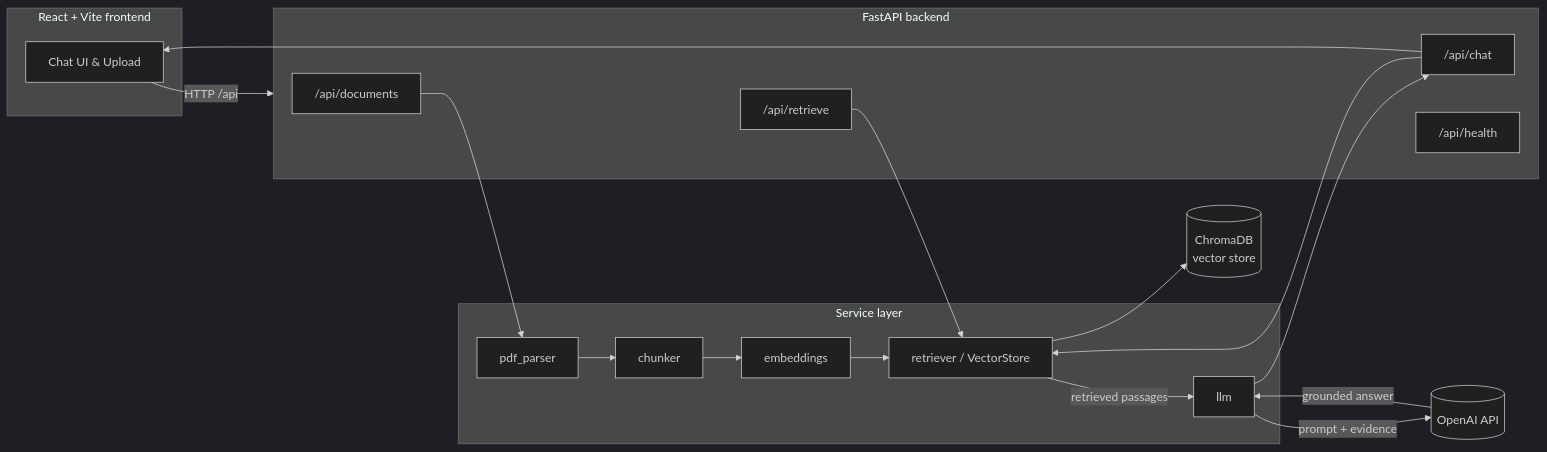
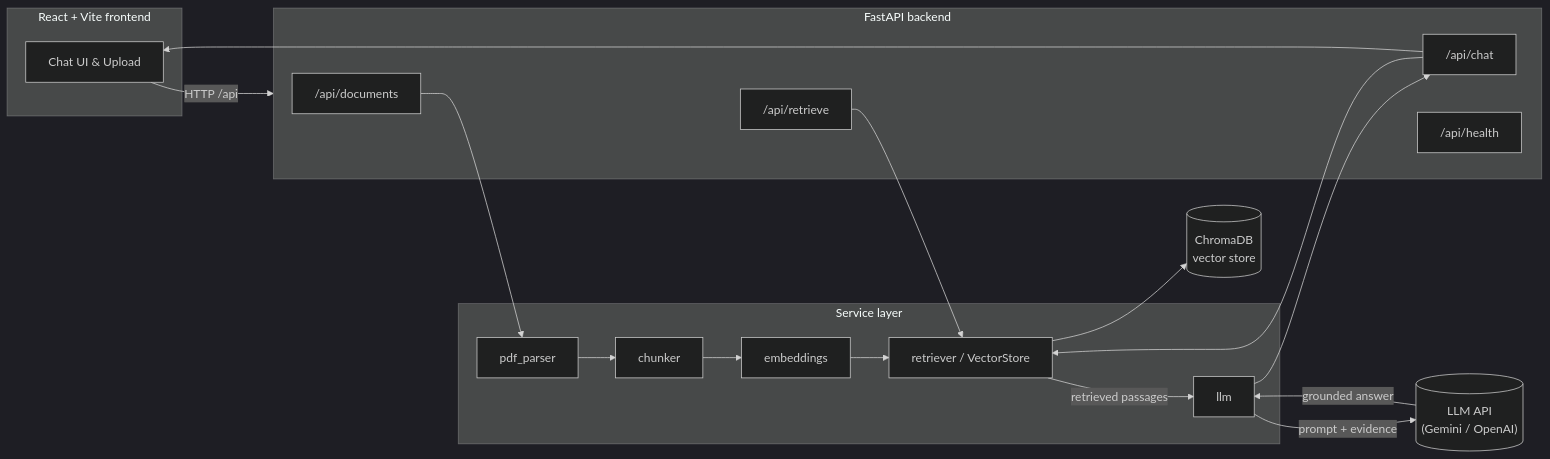
Before and after one commit to Shivank-Garg45/Documind-AI: the first of 2 diagrams in README.md, drawn with Mermaid (dark theme). The commit also changed other lines of this file, not shown here.

Commit message:
Update README to reflect Gemini as default LLM provider

````diff
--- a/README.md
+++ b/README.md
@@ -61,32 +61,32 @@
 ```mermaid
 flowchart LR
     subgraph Client["React + Vite frontend"]
         UI[Chat UI & Upload]
     end
 
     subgraph API["FastAPI backend"]
         R1["/api/documents"]
         R2["/api/retrieve"]
         R3["/api/chat"]
         R4["/api/health"]
     end
 
     subgraph Services["Service layer"]
         P[pdf_parser]
         C[chunker]
         E[embeddings]
         V[retriever / VectorStore]
         L[llm]
     end
 
     DB[("ChromaDB\nvector store")]
-    OpenAI[("OpenAI API")]
+    LLMAPI[("LLM API\n(Gemini / OpenAI)")]
 
     UI -->|HTTP /api| API
     R1 --> P --> C --> E --> V --> DB
     R2 --> V
     R3 --> V
     V -->|retrieved passages| L
-    L -->|prompt + evidence| OpenAI
-    OpenAI -->|grounded answer| L --> R3 --> UI
+    L -->|prompt + evidence| LLMAPI
+    LLMAPI -->|grounded answer| L --> R3 --> UI
 ```
````
